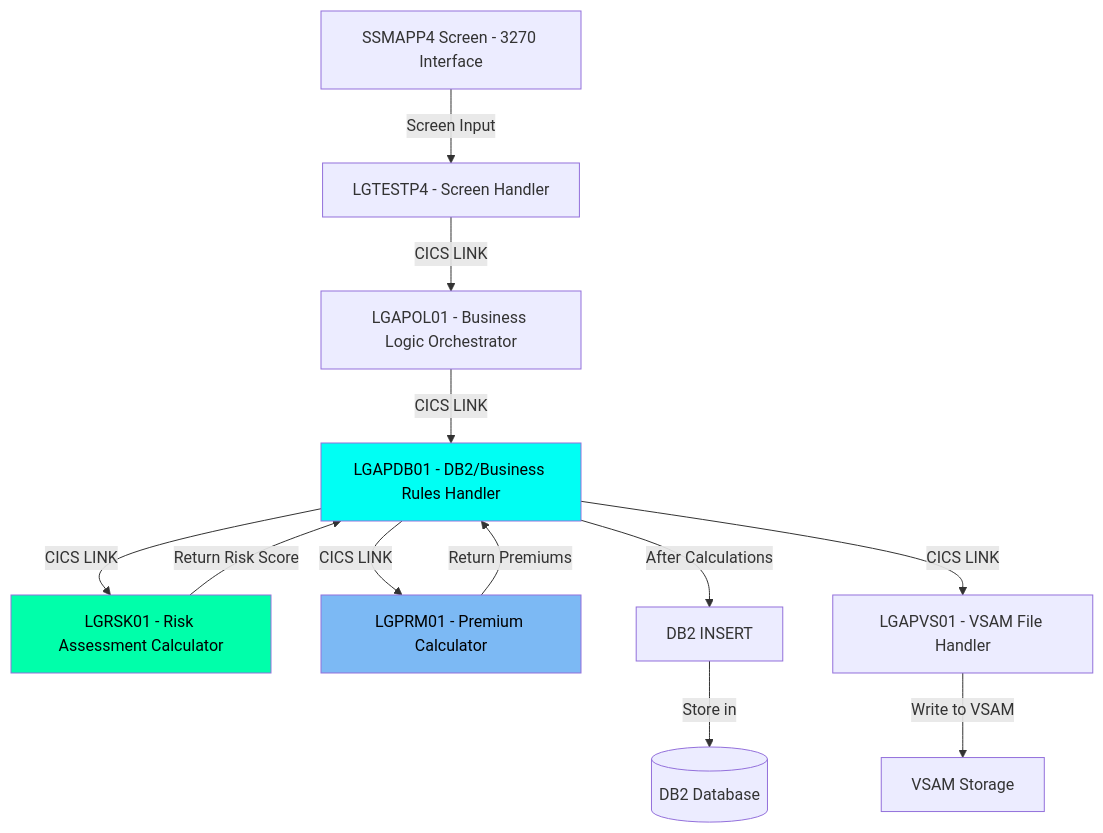
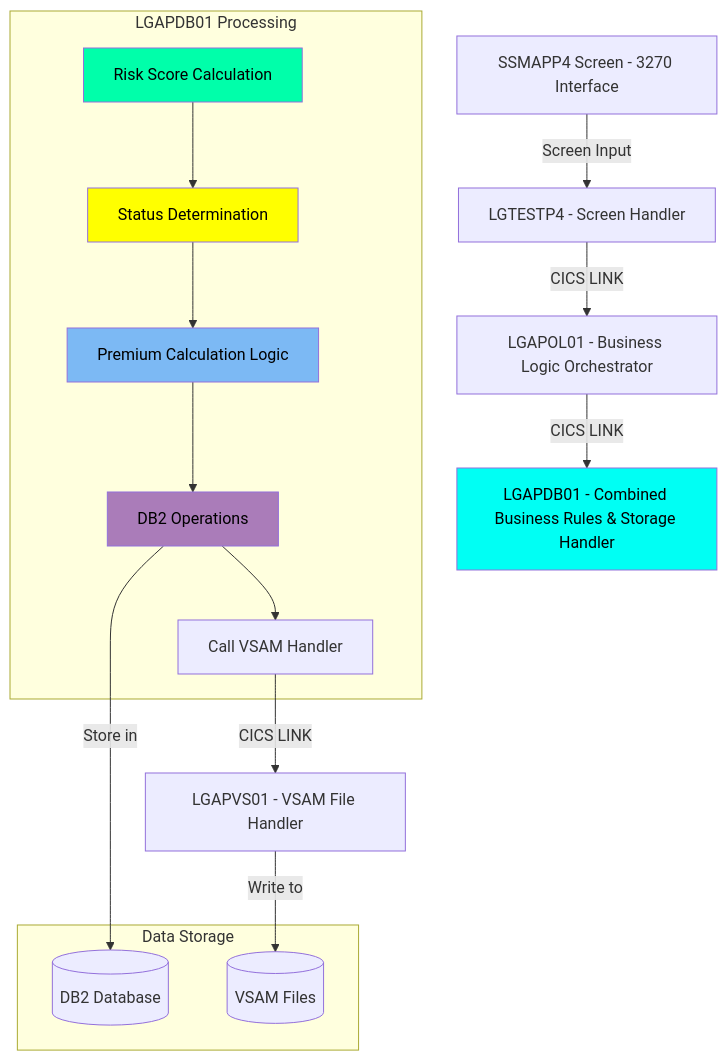
The second of 2 diagrams in .swm/commercial-property-policy-management.ss2iskfn.sw.md (Swimm-Demo/kyndryl-cics-genapp), drawn with Mermaid before and after one commit. The commit also changed other lines of this file, not shown here.

````diff
--- a/.swm/commercial-property-policy-management.ss2iskfn.sw.md
+++ b/.swm/commercial-property-policy-management.ss2iskfn.sw.md
@@ -117,46 +117,64 @@
 ```mermaid
 flowchart TD
     A[SSMAPP4 Screen - 3270 Interface] -->|Screen Input| B[LGTESTP4 - Screen Handler]
     B -->|CICS LINK| C[LGAPOL01 - Business Logic Orchestrator]
-    C -->|CICS LINK| D[LGAPDB01 - DB2/Business Rules Handler]:::a4f5fbfea 
+    C -->|CICS LINK| D[LGAPDB01 - Combined Business Rules & Storage Handler]:::a4f5fbfea
     
-        D -->|CICS LINK| E[LGRSK01 - Risk Assessment Calculator]:::a261ec6c4
-        E -->|Return Risk Score| D
-        D -->|CICS LINK| F[LGPRM01 - Premium Calculator]:::a0b8c7d0e
-        F -->|Return Premiums| D
-        D -->|After Calculations| G[DB2 INSERT]
-        D -->|CICS LINK| H[LGAPVS01 - VSAM File Handler]
-        H -->|Write to VSAM| I[VSAM Storage]
-  
-    
-    G -->|Store in| J[(DB2 Database)]
-    classDef a0b8c7d0e color:#000000,fill:#7CB9F4
+    subgraph LGAPDB01[LGAPDB01 Processing]
+        D1[Risk Score Calculation]:::a261ec6c4 --> D11[Status Determination]:::a4271316e -->
+        D2[Premium Calculation Logic]:::a0b8c7d0e 
+        D3[DB2 Operations]:::a0298c687
+        D4[Call VSAM Handler]
+        D2 --> D3
+        D3 --> D4
+    end
+
+    D4 -->|CICS LINK| E[LGAPVS01 - VSAM File Handler]
+
+    subgraph Storage[Data Storage]
+        F[(DB2 Database)]
+        G[(VSAM Files)]
+    end
+
+    D3 -->|Store in| F
+    E -->|Write to| G
+
+classDef a0b8c7d0e color:#000000,fill:#7CB9F4
 classDef a261ec6c4 color:#000000,fill:#00FFAA
 classDef a4f5fbfea color:#000000,fill:#00FFF4
 classDef a4271316e color:#000000,fill:#FFFF00
 classDef a0298c687 color:#000000,fill:#AA7CB9
 classDef a911b8d83 color:#000000,fill:#5afa0a
 
 %% Swimm:
 %% flowchart TD
 %%     A[<SwmToken path="/base/src/lgtestp4.cbl" pos="52:11:11" line-data="           EXEC CICS SEND MAP (&#39;SSMAPP4&#39;)">`SSMAPP4`</SwmToken> Screen - 3270 Interface] -->|Screen Input| B[<SwmToken path="/base/src/lgtestp4.cbl" pos="11:6:6" line-data="       PROGRAM-ID. LGTESTP4.">`LGTESTP4`</SwmToken> - Screen Handler]
 %%     B -->|CICS LINK| C[<SwmToken path="/base/src/lgtestp4.cbl" pos="178:10:10" line-data="                 EXEC CICS LINK PROGRAM(&#39;LGAPOL01&#39;)">`LGAPOL01`</SwmToken> - Business Logic Orchestrator]
-%%     C -->|CICS LINK| D[<SwmToken path="/base/src/lgapdb01.cbl" pos="13:6:6" line-data="       PROGRAM-ID. LGAPDB01.">`LGAPDB01`</SwmToken> - DB2/Business Rules Handler]:::a4f5fbfea 
+%%     C -->|CICS LINK| D[<SwmToken path="/base/src/lgapdb01.cbl" pos="13:6:6" line-data="       PROGRAM-ID. LGAPDB01.">`LGAPDB01`</SwmToken> - Combined Business Rules & Storage Handler]:::a4f5fbfea
 %%     
-%%         D -->|CICS LINK| E[LGRSK01 - Risk Assessment Calculator]:::a261ec6c4
-%%         E -->|Return Risk Score| D
-%%         D -->|CICS LINK| F[<SwmToken path="/base/src/lgprm01.cbl" pos="2:6:6" line-data="       PROGRAM-ID. LGPRM01.">`LGPRM01`</SwmToken> - Premium Calculator]:::a0b8c7d0e
-%%         F -->|Return Premiums| D
-%%         D -->|After Calculations| G[<SwmToken path="/base/src/lgapdb01.cbl" pos="577:3:3" line-data="       INSERT-DB2-RECORD.">`DB2`</SwmToken> INSERT]
-%%         D -->|CICS LINK| H[LGAPVS01 - VSAM File Handler]
-%%         H -->|Write to VSAM| I[VSAM Storage]
-%%   
-%%     
-%%     G -->|Store in| J[(DB2 Database)]
-%%     classDef a0b8c7d0e color:#000000,fill:#7CB9F4
+%%     subgraph <SwmToken path="/base/src/lgapdb01.cbl" pos="13:6:6" line-data="       PROGRAM-ID. LGAPDB01.">`LGAPDB01`</SwmToken>[<SwmToken path="/base/src/lgapdb01.cbl" pos="13:6:6" line-data="       PROGRAM-ID. LGAPDB01.">`LGAPDB01`</SwmToken> Processing]
+%%         D1[Risk Score Calculation]:::a261ec6c4 --> D11[Status Determination]:::a4271316e -->
+%%         D2[Premium Calculation Logic]:::a0b8c7d0e 
+%%         D3[DB2 Operations]:::a0298c687
+%%         D4[Call VSAM Handler]
+%%         D2 --> D3
+%%         D3 --> D4
+%%     end
+%% 
+%%     D4 -->|CICS LINK| E[LGAPVS01 - VSAM File Handler]
+%% 
+%%     subgraph Storage[Data Storage]
+%%         F[(DB2 Database)]
+%%         G[(VSAM Files)]
+%%     end
+%% 
+%%     D3 -->|Store in| F
+%%     E -->|Write to| G
+%% 
+%% classDef a0b8c7d0e color:#000000,fill:#7CB9F4
 %% classDef a261ec6c4 color:#000000,fill:#00FFAA
 %% classDef a4f5fbfea color:#000000,fill:#00FFF4
 %% classDef a4271316e color:#000000,fill:#FFFF00
 %% classDef a0298c687 color:#000000,fill:#AA7CB9
 %% classDef a911b8d83 color:#000000,fill:#5afa0a
 ```
````
